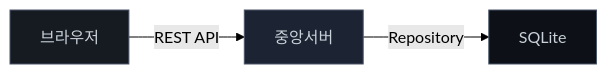
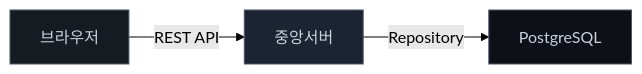
One commit to qkr7287/HyperCube changed the sixth of 12 diagrams in docs/to-be-architecture.md. Above: the diagram before and after it, drawn with Mermaid (forest theme). The commit also changed other lines of this file, not shown here.

First line of the commit message:
docs: switch to PostgreSQL, add AI Service architecture

````diff
--- a/docs/to-be-architecture.md
+++ b/docs/to-be-architecture.md
@@ -337,9 +376,9 @@
 ```mermaid
 graph LR
     Browser["브라우저"] -->|REST API| Server["중앙서버"]
-    Server -->|Repository| DB["SQLite"]
+    Server -->|Repository| DB["PostgreSQL"]
 
     style Browser fill:#161b22,stroke:#4a5568,color:#c9d1d9
     style Server fill:#1c2333,stroke:#4a5568,color:#c9d1d9
     style DB fill:#0d1117,stroke:#4a5568,color:#c9d1d9
 ```
````
